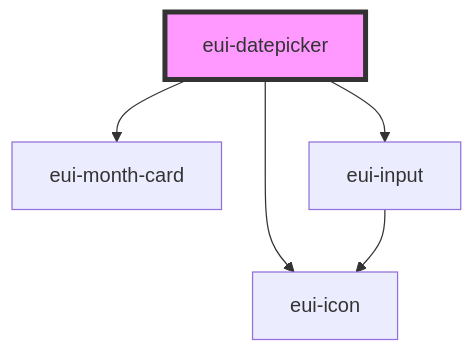
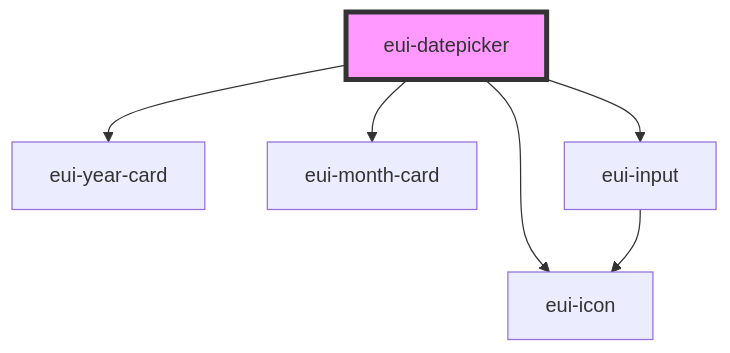
One commit to pnd-amirhosein/U_and_I changed the diagram in ensemble-ui/src/components/datepicker/readme.md. Above: the diagram before and after it, drawn with Mermaid. The commit also changed other lines of this file and 11 other files, not shown here.

Commit message:
year card added!

````diff
--- a/ensemble-ui/src/components/datepicker/readme.md
+++ b/ensemble-ui/src/components/datepicker/readme.md
@@ -37,8 +38,9 @@
 ```mermaid
 graph TD;
+  eui-datepicker --> eui-year-card
   eui-datepicker --> eui-month-card
   eui-datepicker --> eui-input
   eui-datepicker --> eui-icon
   eui-input --> eui-icon
   style eui-datepicker fill:#f9f,stroke:#333,stroke-width:4px
 ```
````
